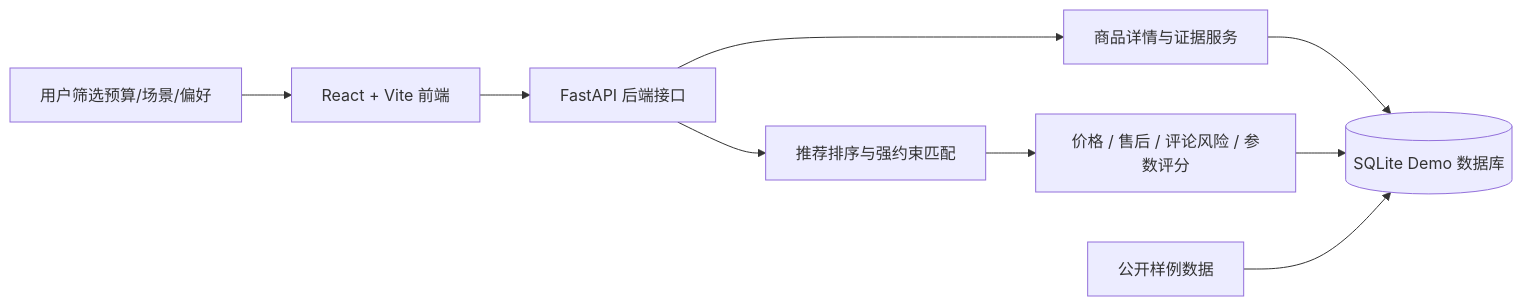
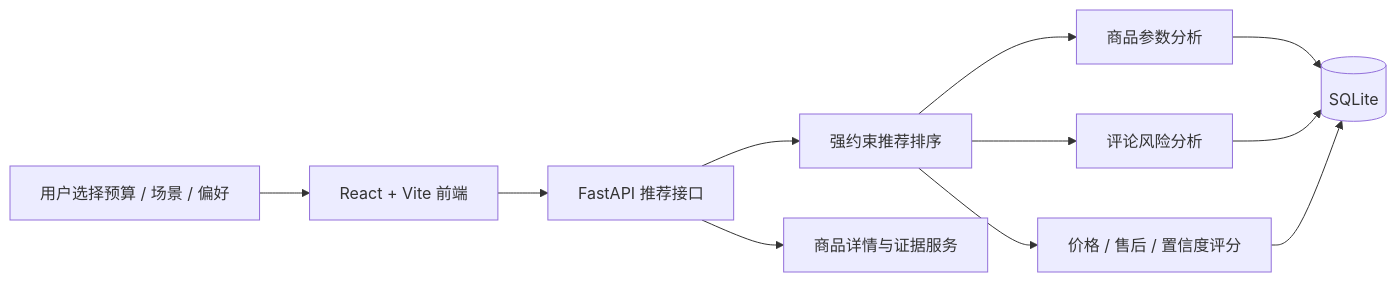
The diagram in README.md (dileonardoliebel813-jpg/camp-rank), drawn with Mermaid before and after one commit. The commit also changed other lines of this file, not shown here.

````diff
--- a/README.md
+++ b/README.md
@@ -9,11 +27,13 @@
 ```mermaid
 flowchart LR
-  User["用户筛选预算/场景/偏好"] --> Frontend["React + Vite 前端"]
-  Frontend --> API["FastAPI 后端接口"]
-  API --> Ranker["推荐排序与强约束匹配"]
+  User["用户选择预算 / 场景 / 偏好"] --> Frontend["React + Vite 前端"]
+  Frontend --> API["FastAPI 推荐接口"]
+  API --> Ranker["强约束推荐排序"]
   API --> ProductService["商品详情与证据服务"]
-  Ranker --> Scoring["价格 / 售后 / 评论风险 / 参数评分"]
-  ProductService --> DB[("SQLite Demo 数据库")]
-  Scoring --> DB
-  Seed["公开样例数据"] --> DB
+  Ranker --> Parameter["商品参数分析"]
+  Ranker --> Review["评论风险分析"]
+  Ranker --> Score["价格 / 售后 / 置信度评分"]
+  Parameter --> DB[("SQLite")]
+  Review --> DB
+  Score --> DB
 ```
````
